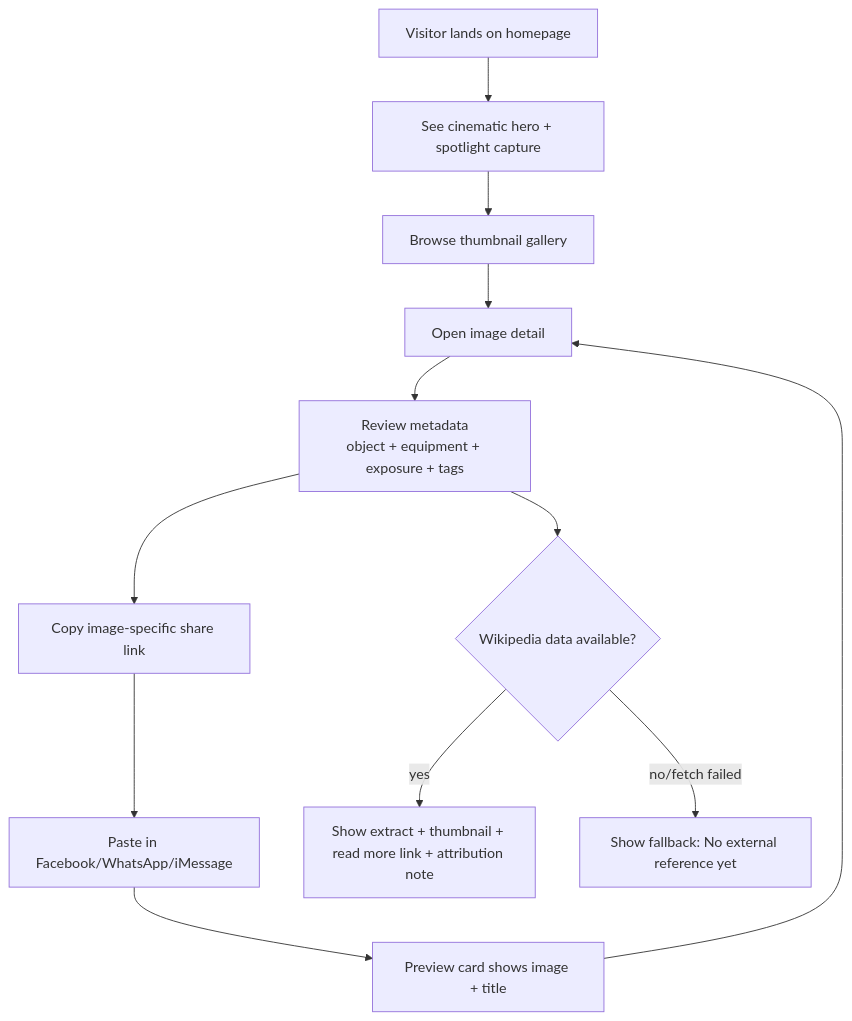
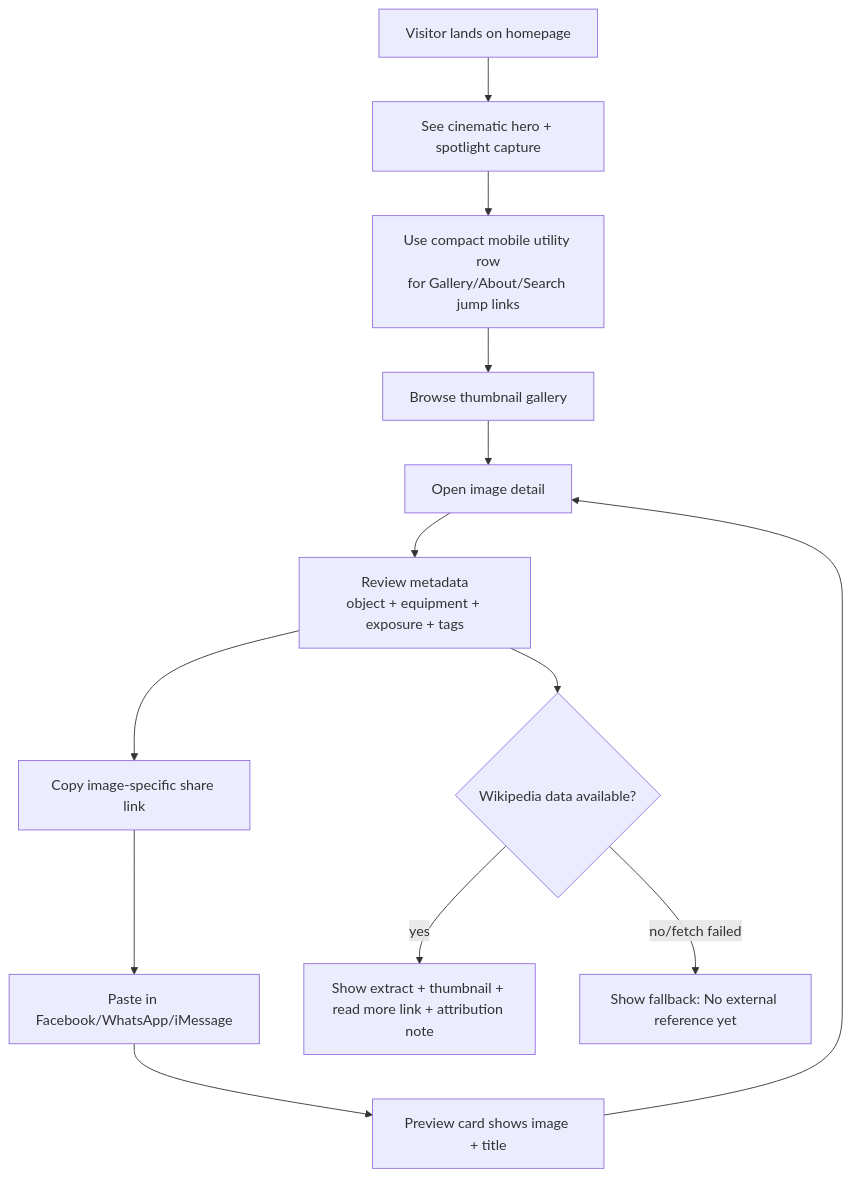
Before and after one commit to smeird/images: the first of 3 diagrams in README.md, drawn with Mermaid. The commit also changed other lines of this file and 4 other files, not shown here.

First line of the commit message:
Improve mobile utility navigation and touch ergonomics

````diff
--- a/README.md
+++ b/README.md
@@ -139,14 +140,15 @@
 ```mermaid
 flowchart TD
   A[Visitor lands on homepage] --> B[See cinematic hero + spotlight capture]
-  B --> C[Browse thumbnail gallery]
-  C --> D[Open image detail]
-  D --> E[Review metadata\nobject + equipment + exposure + tags]
-  E --> I[Copy image-specific share link]
-  I --> J[Paste in Facebook/WhatsApp/iMessage]
-  J --> K[Preview card shows image + title]
-  K --> D
-  E --> F{Wikipedia data available?}
-  F -- yes --> G[Show extract + thumbnail + read more link + attribution note]
-  F -- no/fetch failed --> H[Show fallback: No external reference yet]
+  B --> C[Use compact mobile utility row\nfor Gallery/About/Search jump links]
+  C --> D[Browse thumbnail gallery]
+  D --> E[Open image detail]
+  E --> F[Review metadata\nobject + equipment + exposure + tags]
+  F --> G[Copy image-specific share link]
+  G --> H[Paste in Facebook/WhatsApp/iMessage]
+  H --> I[Preview card shows image + title]
+  I --> E
+  F --> J{Wikipedia data available?}
+  J -- yes --> K[Show extract + thumbnail + read more link + attribution note]
+  J -- no/fetch failed --> L[Show fallback: No external reference yet]
 ```
````
